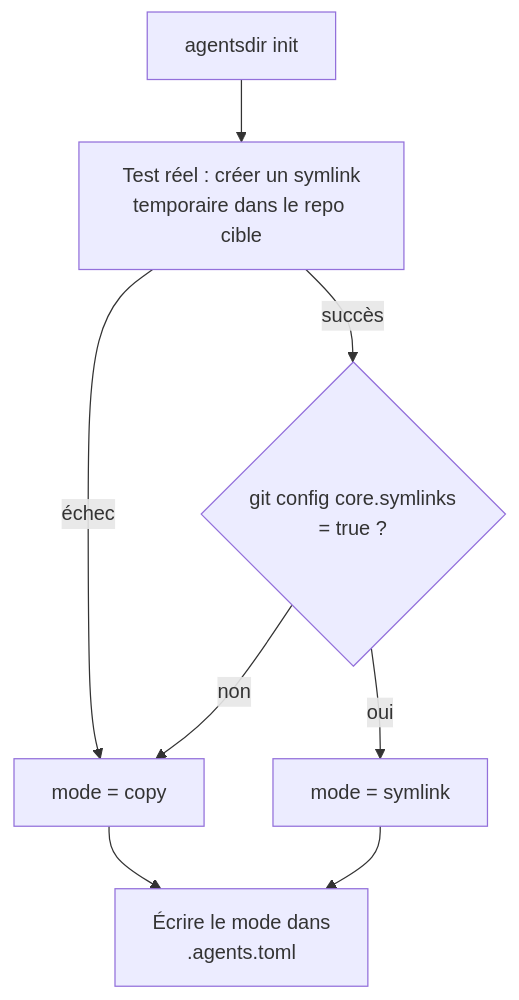
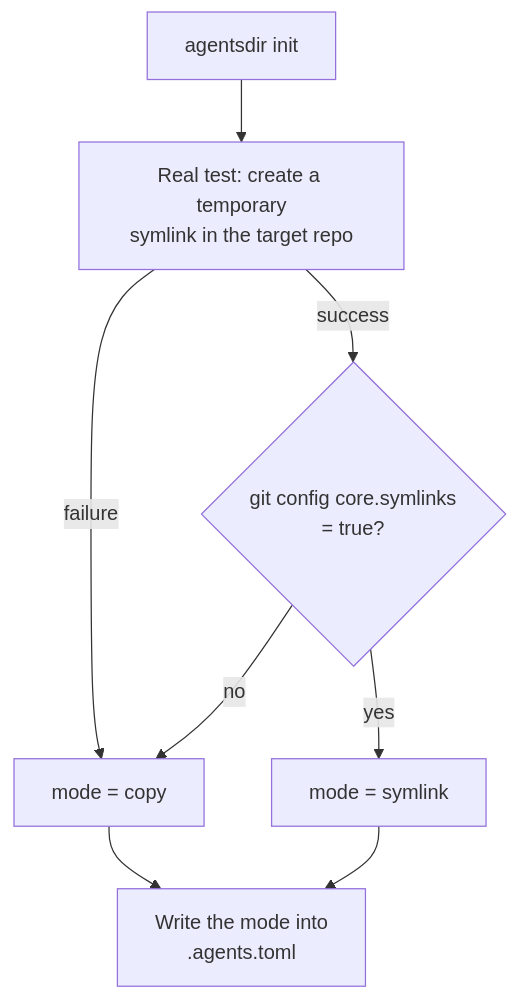
One commit to PicardRaphael/agentsdir changed the third of 3 diagrams in docs/architecture.md. Above: the diagram before and after it, drawn with Mermaid. The commit also changed other lines of this file and 23 other files, not shown here.

````diff
--- a/docs/architecture.md
+++ b/docs/architecture.md
@@ -155,10 +155,10 @@
 ```mermaid
 flowchart TD
-    START["agentsdir init"] --> TEST["Test réel : créer un symlink<br>temporaire dans le repo cible"]
-    TEST -->|échec| COPY["mode = copy"]
-    TEST -->|succès| GITCONF{"git config core.symlinks<br>= true ?"}
-    GITCONF -->|non| COPY
-    GITCONF -->|oui| SYM["mode = symlink"]
-    SYM --> WRITE["Écrire le mode dans<br>.agents.toml"]
+    START["agentsdir init"] --> TEST["Real test: create a temporary<br>symlink in the target repo"]
+    TEST -->|failure| COPY["mode = copy"]
+    TEST -->|success| GITCONF{"git config core.symlinks<br>= true?"}
+    GITCONF -->|no| COPY
+    GITCONF -->|yes| SYM["mode = symlink"]
+    SYM --> WRITE["Write the mode into<br>.agents.toml"]
     COPY --> WRITE
 ```
````
